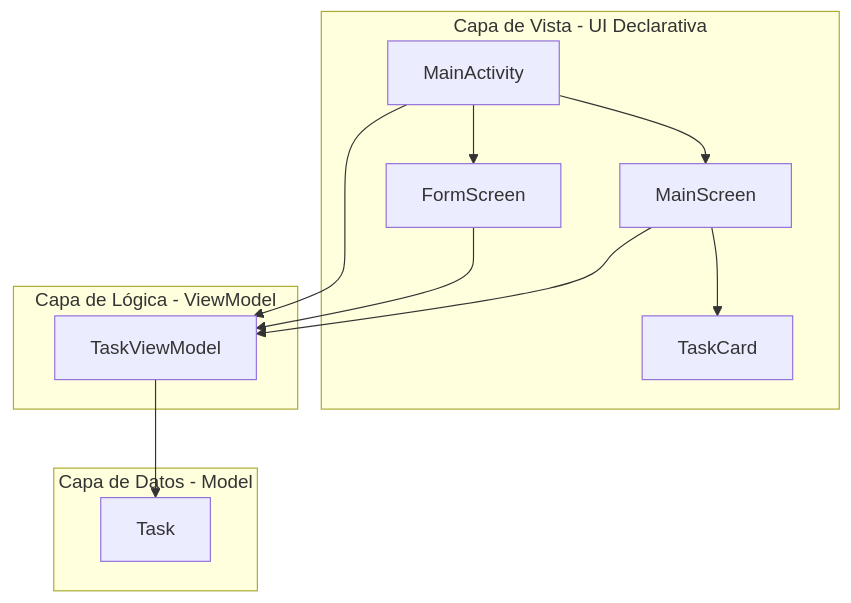
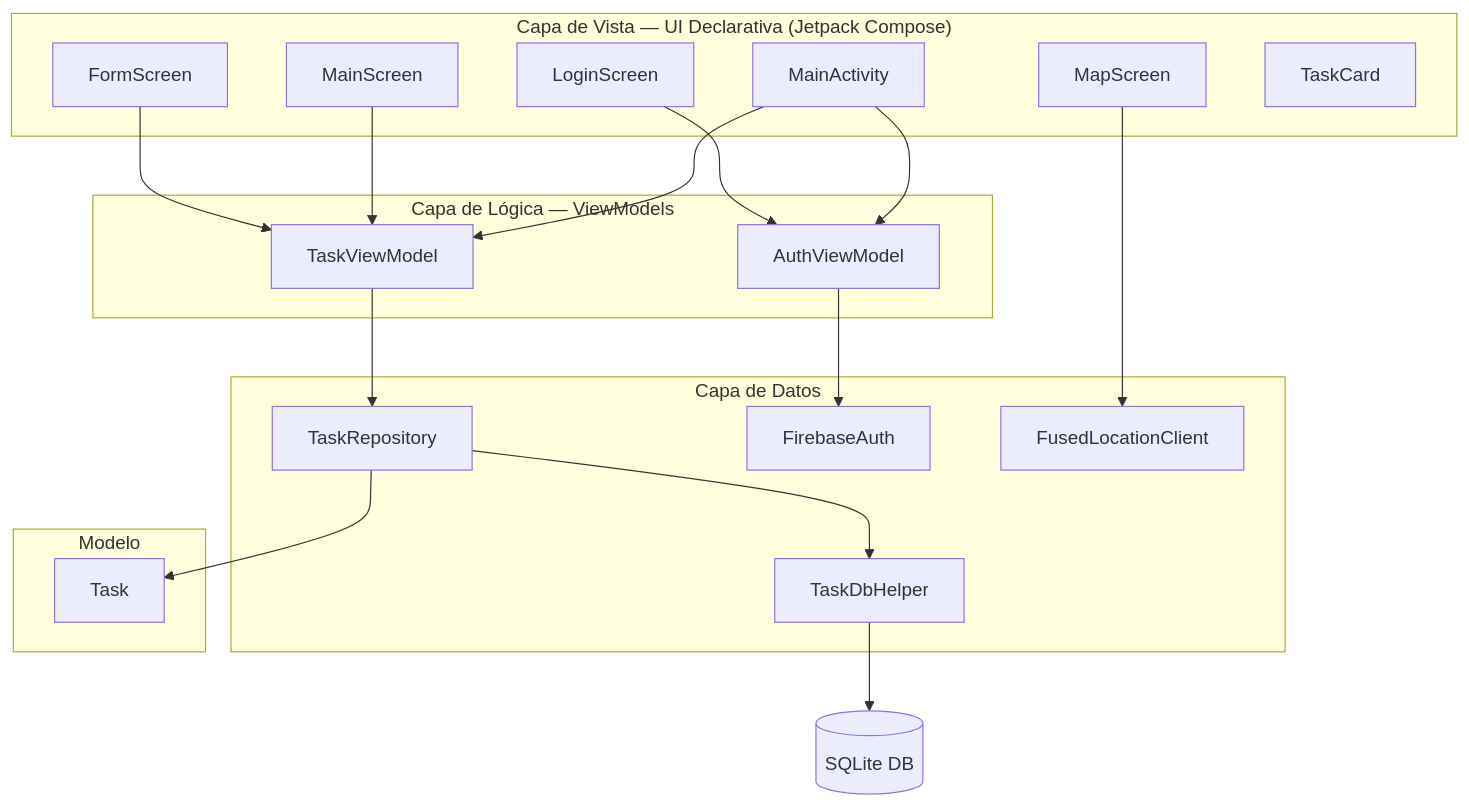
One commit to OtttaMeza/APP_MOBILE_1 changed the first of 2 diagrams in README.md. Above: the diagram before and after it, drawn with Mermaid. The commit also changed other lines of this file, not shown here.

````diff
--- a/README.md
+++ b/README.md
@@ -51,19 +102,40 @@
 ```mermaid
 graph TD
-    subgraph Capa_Vista [Capa de Vista - UI Declarativa]
-        MainActivity --> MainScreen
-        MainActivity --> FormScreen
-        MainScreen --> TaskCard
+    subgraph Vista ["Capa de Vista — UI Declarativa (Jetpack Compose)"]
+        MainActivity
+        LoginScreen
+        MainScreen
+        FormScreen
+        MapScreen
+        TaskCard
     end
-    subgraph Capa_ViewModel [Capa de Lógica - ViewModel]
+
+    subgraph ViewModel ["Capa de Lógica — ViewModels"]
+        AuthViewModel
         TaskViewModel
     end
-    subgraph Capa_Modelo [Capa de Datos - Model]
+
+    subgraph Datos ["Capa de Datos"]
+        TaskRepository
+        TaskDbHelper
+        FirebaseAuth
+        FusedLocationClient
+    end
+
+    subgraph Modelo ["Modelo"]
         Task
     end
 
+    MainActivity --> AuthViewModel
     MainActivity --> TaskViewModel
+    LoginScreen --> AuthViewModel
     MainScreen --> TaskViewModel
     FormScreen --> TaskViewModel
-    TaskViewModel --> Task
+    MapScreen --> FusedLocationClient
+
+    AuthViewModel --> FirebaseAuth
+    TaskViewModel --> TaskRepository
+    TaskRepository --> TaskDbHelper
+    TaskRepository --> Task
+    TaskDbHelper --> SQLite[(SQLite DB)]
 ```
````
